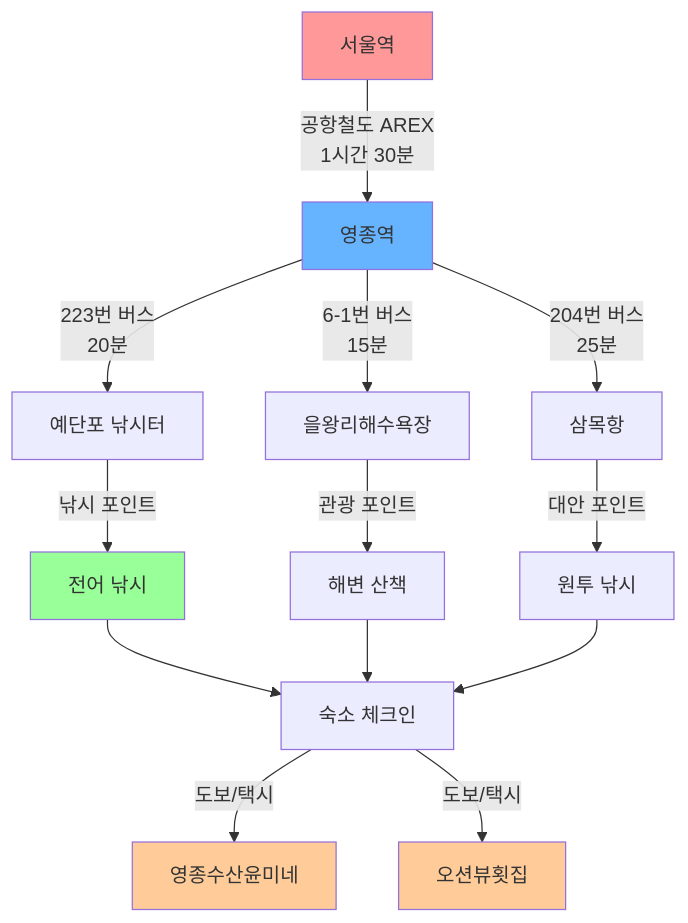
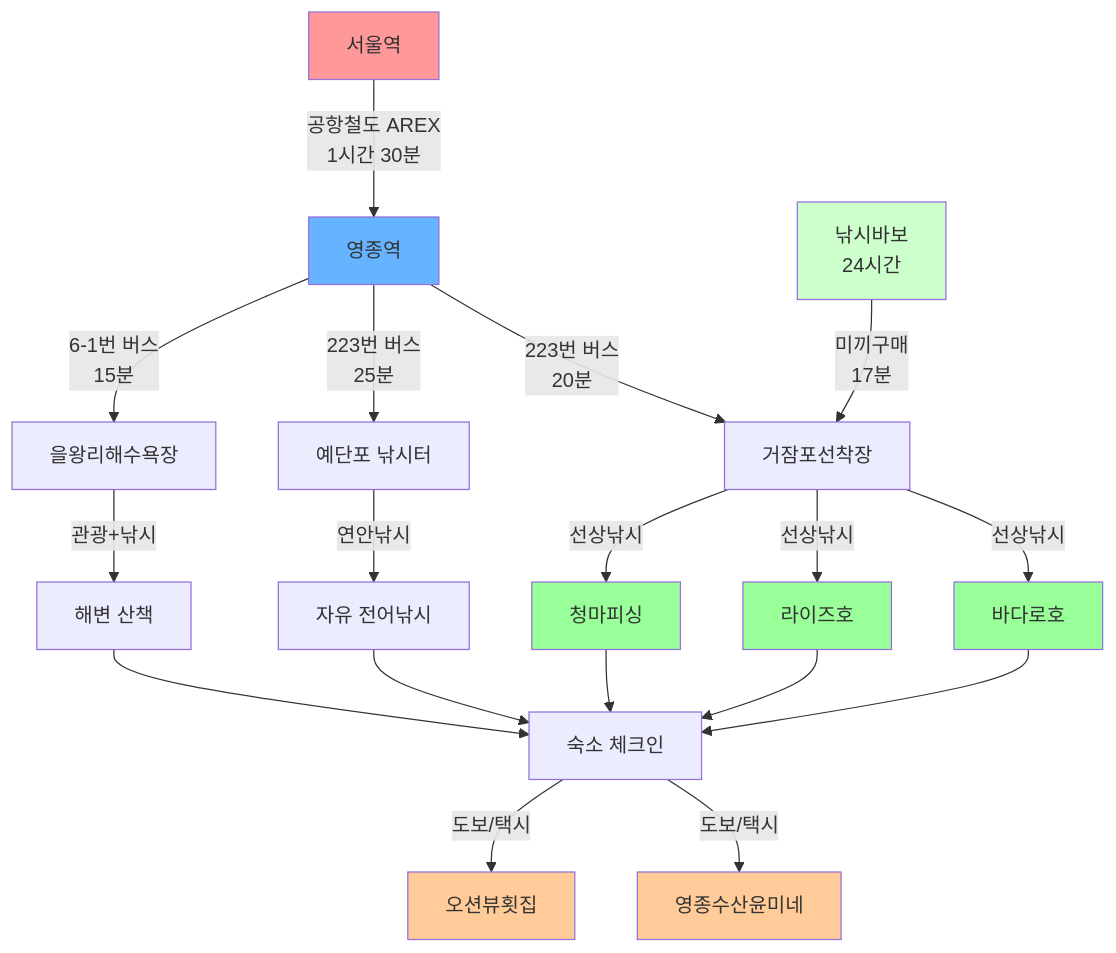
One commit to didghwns0514/matjib_search changed the second of 4 diagrams in README.md. Above: the diagram before and after it, drawn with Mermaid. The commit also changed other lines of this file and 1 other file, not shown here.

First line of the commit message:
🚢 낚시업장 정보 추가 및 선상낚시 완전 가이드 구축

````diff
--- a/README.md
+++ b/README.md
@@ -200,24 +240,33 @@
 ```mermaid
 flowchart TD
     A[서울역] -->|공항철도 AREX<br/>1시간 30분| B[영종역]
-    B -->|223번 버스<br/>20분| C[예단포 낚시터]
-    B -->|6-1번 버스<br/>15분| D[을왕리해수욕장]
-    B -->|204번 버스<br/>25분| E[삼목항]
+    B -->|223번 버스<br/>20분| C[거잠포선착장]
+    B -->|223번 버스<br/>25분| D[예단포 낚시터]
+    B -->|6-1번 버스<br/>15분| E[을왕리해수욕장]
     
-    C -->|낚시 포인트| F[전어 낚시]
-    D -->|관광 포인트| G[해변 산책]
-    E -->|대안 포인트| H[원투 낚시]
+    C -->|선상낚시| F[바다로호]
+    C -->|선상낚시| G[라이즈호]
+    C -->|선상낚시| H[청마피싱]
+    D -->|연안낚시| I[자유 전어낚시]
+    E -->|관광+낚시| J[해변 산책]
     
-    F --> I[숙소 체크인]
-    G --> I
-    H --> I
+    F --> K[숙소 체크인]
+    G --> K
+    H --> K
+    I --> K
+    J --> K
     
-    I -->|도보/택시| J[영종수산윤미네]
-    I -->|도보/택시| K[오션뷰횟집]
+    K -->|도보/택시| L[영종수산윤미네]
+    K -->|도보/택시| M[오션뷰횟집]
+    
+    N[낚시바보<br/>24시간] -->|미끼구매<br/>17분| C
     
     style A fill:#ff9999
     style B fill:#66b3ff
     style F fill:#99ff99
-    style J fill:#ffcc99
-    style K fill:#ffcc99
+    style G fill:#99ff99  
+    style H fill:#99ff99
+    style L fill:#ffcc99
+    style M fill:#ffcc99
+    style N fill:#ccffcc
 ```
````
